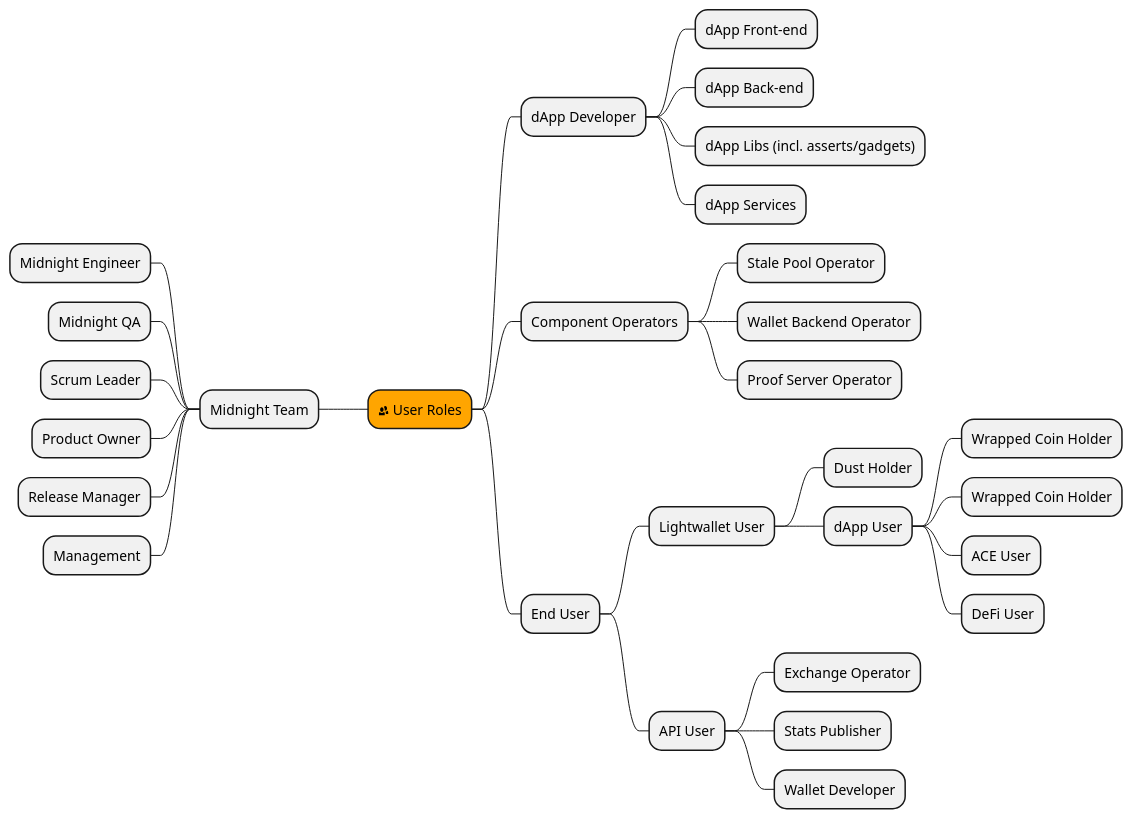
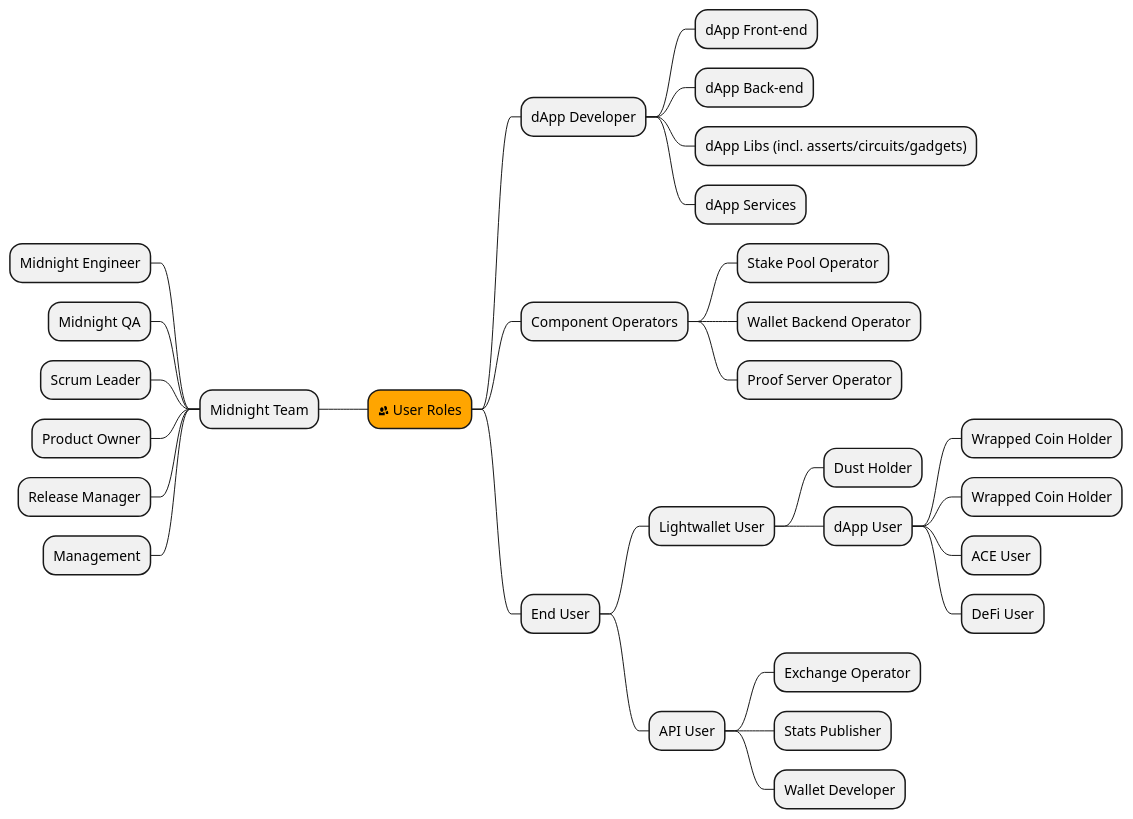
Before and after one commit to midnightntwrk/midnight-architecture: the diagram in user-flows/roles.puml, drawn with PlantUML.

```diff
--- a/user-flows/roles.puml
+++ b/user-flows/roles.puml
@@ -1,32 +1,32 @@
 @startmindmap
 +[#Orange] <&people> User Roles
 ++ dApp Developer
 +++ dApp Front-end
 +++ dApp Back-end
-+++ dApp Libs (incl. asserts/gadgets)
++++ dApp Libs (incl. asserts/circuits/gadgets)
 +++ dApp Services
 ++ Component Operators
-+++ Stale Pool Operator
++++ Stake Pool Operator
 +++ Wallet Backend Operator
 +++ Proof Server Operator
 ++ End User
 +++ Lightwallet User
 ++++ Dust Holder
 ++++ dApp User
 +++++ Wrapped Coin Holder
 +++++ Wrapped Coin Holder
 +++++ ACE User
 +++++ DeFi User
 +++ API User
 ++++ Exchange Operator
 ++++ Stats Publisher
 ++++ Wallet Developer
 
 -- Midnight Team
 --- Midnight Engineer
 --- Midnight QA
 --- Scrum Leader
 --- Product Owner
 --- Release Manager
 --- Management
 @endmindmap
```
